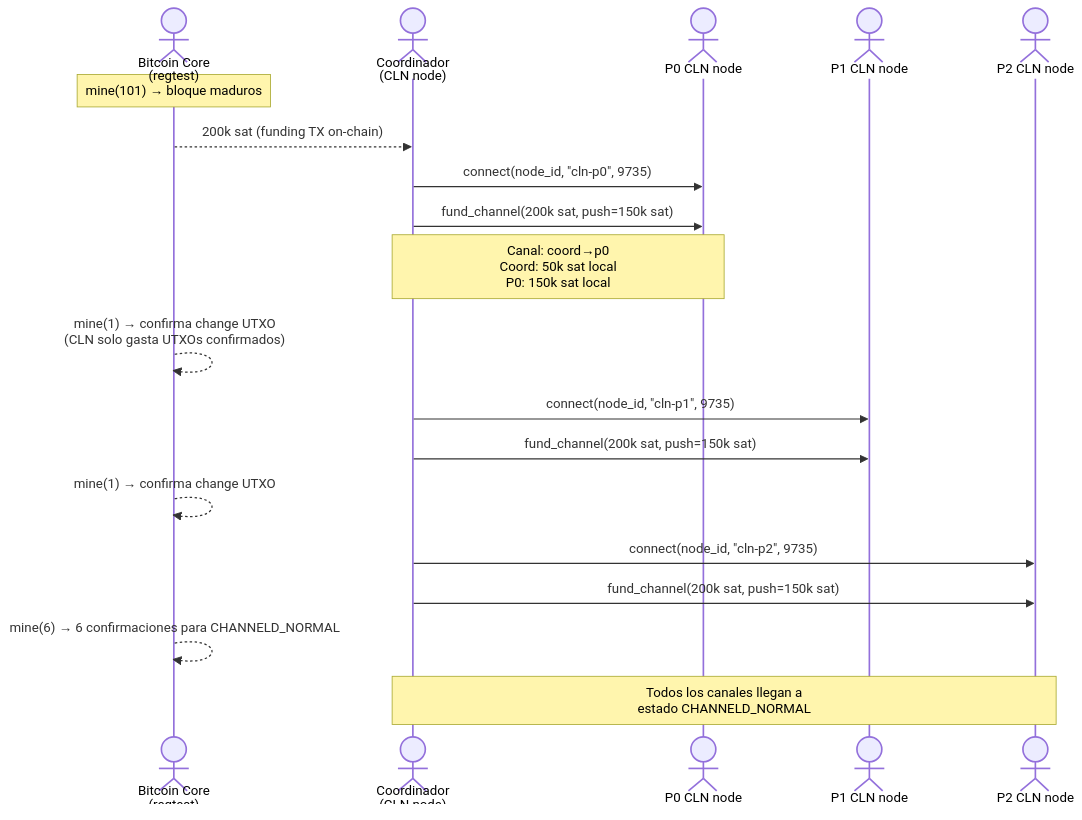
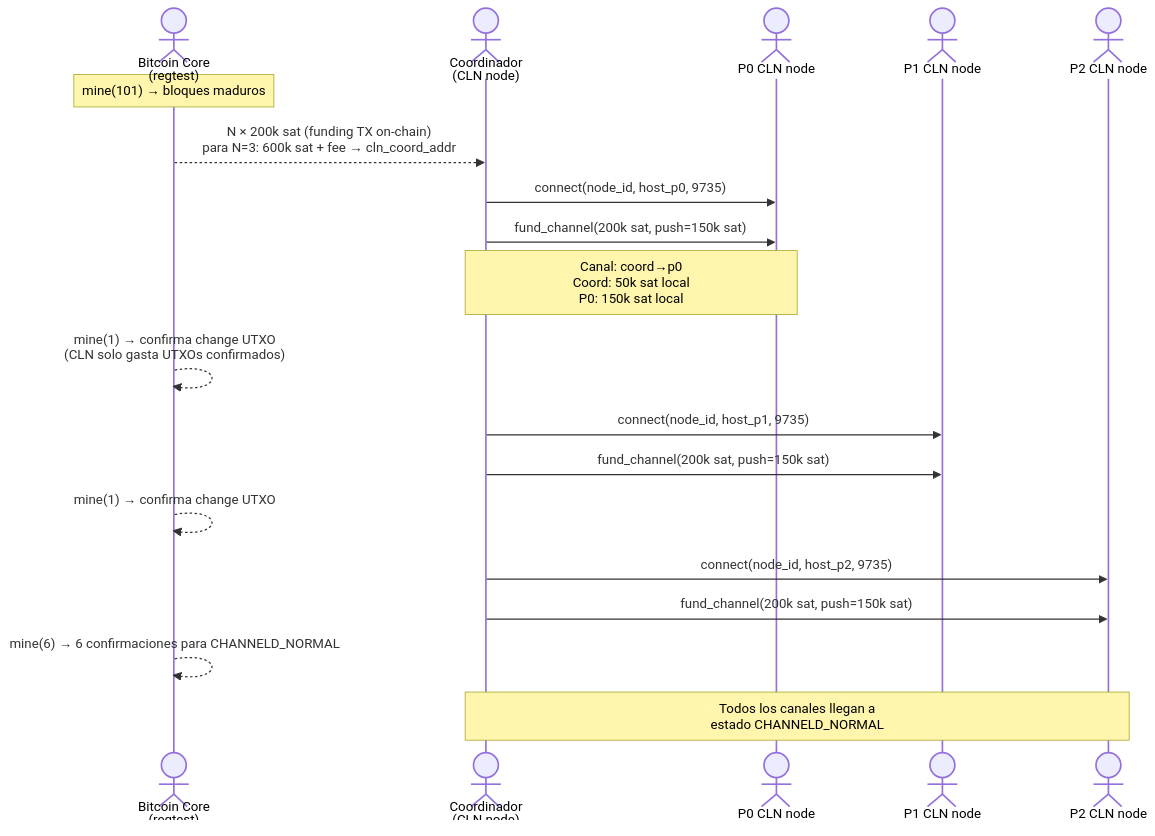
Before and after one commit to jmo-ytp/tanda.btc: the first of 5 diagrams in docs/sequence-diagrams-ln.md, drawn with Mermaid. The commit also changed 3 other files, not shown here.

First line of the commit message:
docs: corregir diagramas y CLAUDE.md tras stack LN

````diff
--- a/docs/sequence-diagrams-ln.md
+++ b/docs/sequence-diagrams-ln.md
@@ -13,28 +13,28 @@
 ```mermaid
 sequenceDiagram
     actor BC as Bitcoin Core<br/>(regtest)
     actor C  as Coordinador<br/>(CLN node)
     actor P0 as P0 CLN node
     actor P1 as P1 CLN node
     actor P2 as P2 CLN node
 
-    Note over BC: mine(101) → bloque maduros
+    Note over BC: mine(101) → bloques maduros
 
-    BC-->>C: 200k sat (funding TX on-chain)
+    BC-->>C: N × 200k sat (funding TX on-chain)<br/>para N=3: 600k sat + fee → cln_coord_addr
 
-    C->>P0: connect(node_id, "cln-p0", 9735)
+    C->>P0: connect(node_id, host_p0, 9735)
     C->>P0: fund_channel(200k sat, push=150k sat)
     Note over C,P0: Canal: coord→p0<br/>Coord: 50k sat local<br/>P0: 150k sat local
     BC-->>BC: mine(1) → confirma change UTXO<br/>(CLN solo gasta UTXOs confirmados)
 
-    C->>P1: connect(node_id, "cln-p1", 9735)
+    C->>P1: connect(node_id, host_p1, 9735)
     C->>P1: fund_channel(200k sat, push=150k sat)
     BC-->>BC: mine(1) → confirma change UTXO
 
-    C->>P2: connect(node_id, "cln-p2", 9735)
+    C->>P2: connect(node_id, host_p2, 9735)
     C->>P2: fund_channel(200k sat, push=150k sat)
 
     BC-->>BC: mine(6) → 6 confirmaciones para CHANNELD_NORMAL
 
     Note over C,P2: Todos los canales llegan a<br/>estado CHANNELD_NORMAL
 ```
````
